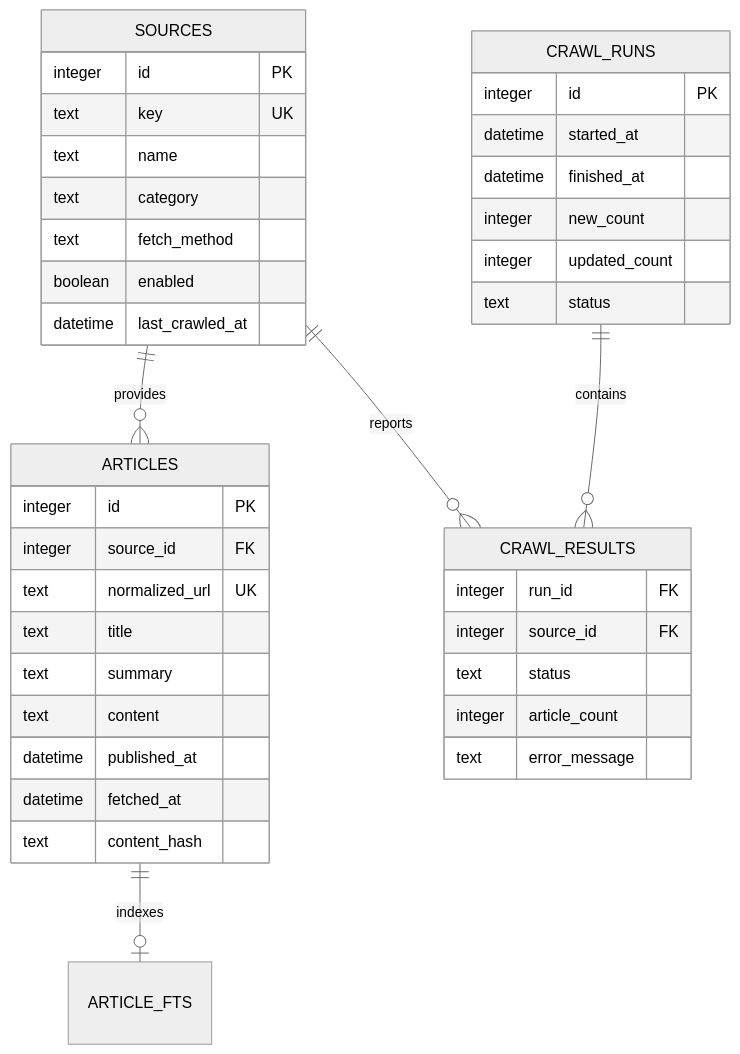
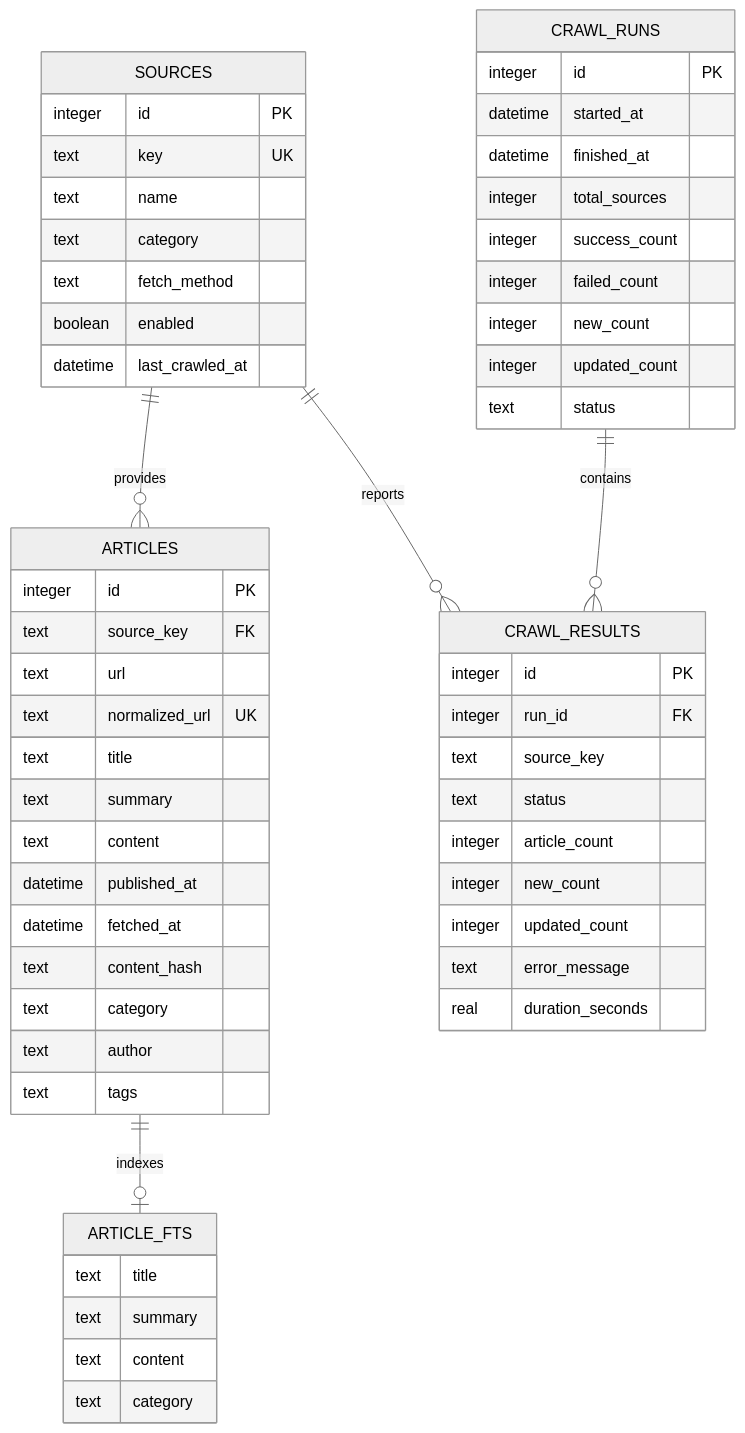
One commit to norizou/news_crawler changed the third of 3 diagrams in Idea_memo.md. Above: the diagram before and after it, drawn with Mermaid (neutral theme). The commit also changed other lines of this file, not shown here.

````diff
--- a/Idea_memo.md
+++ b/Idea_memo.md
@@ -67,42 +91,59 @@
 ```mermaid
 erDiagram
     SOURCES ||--o{ ARTICLES : provides
     SOURCES ||--o{ CRAWL_RESULTS : reports
     CRAWL_RUNS ||--o{ CRAWL_RESULTS : contains
     ARTICLES ||--o| ARTICLE_FTS : indexes
     SOURCES {
         integer id PK
         text key UK
         text name
         text category
         text fetch_method
         boolean enabled
         datetime last_crawled_at
     }
     ARTICLES {
         integer id PK
-        integer source_id FK
+        text source_key FK
+        text url
         text normalized_url UK
         text title
         text summary
         text content
         datetime published_at
         datetime fetched_at
         text content_hash
+        text category
+        text author
+        text tags
     }
     CRAWL_RUNS {
         integer id PK
         datetime started_at
         datetime finished_at
+        integer total_sources
+        integer success_count
+        integer failed_count
         integer new_count
         integer updated_count
         text status
     }
     CRAWL_RESULTS {
+        integer id PK
         integer run_id FK
-        integer source_id FK
+        text source_key
         text status
         integer article_count
+        integer new_count
+        integer updated_count
         text error_message
+        real duration_seconds
+    }
+    ARTICLE_FTS {
+        text title
+        text summary
+        text content
+        text category
     }
 ```
````
